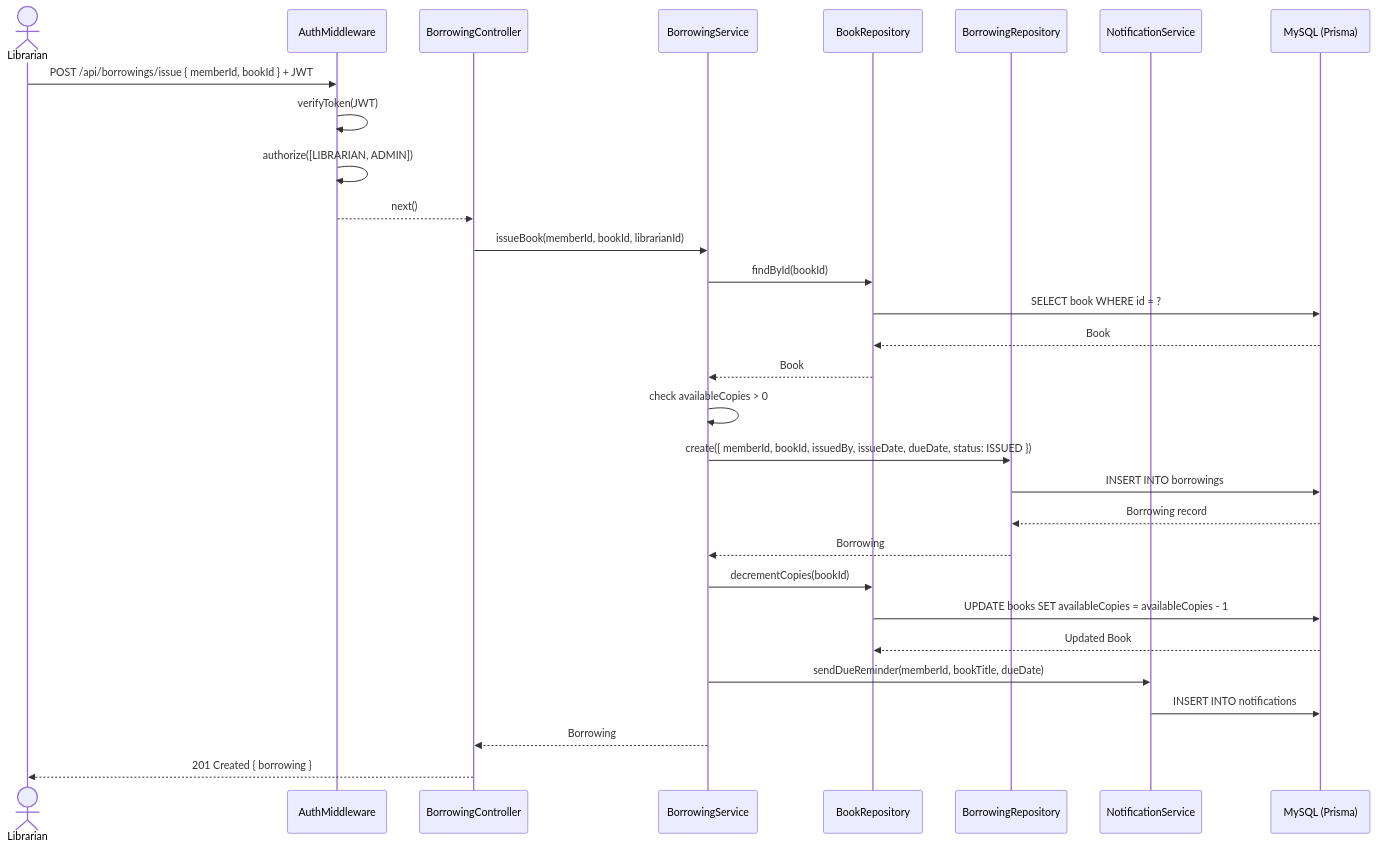
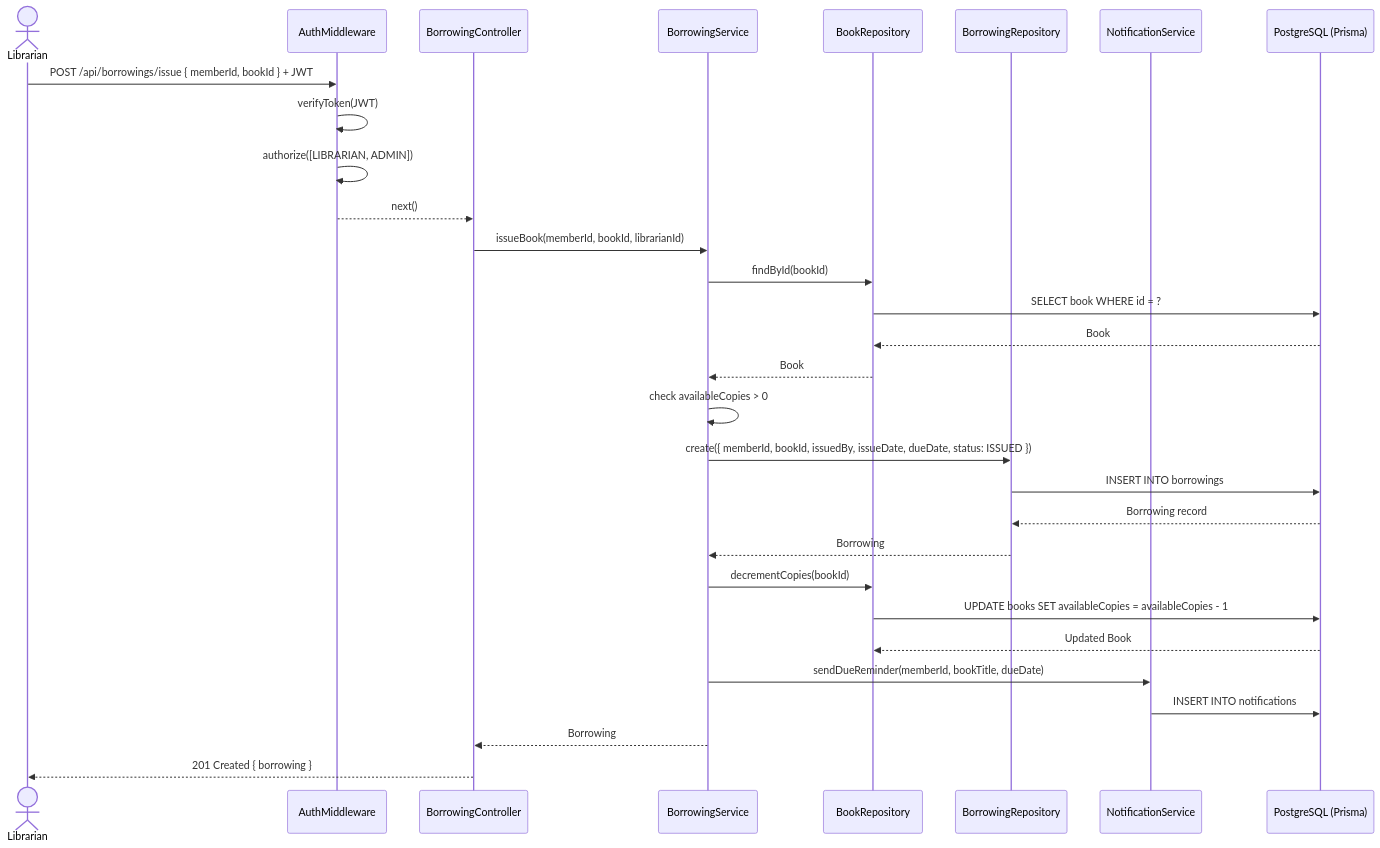
The second of 5 diagrams in sequenceDiagram.md (parthz-13/SESD-Project), drawn with Mermaid before and after one commit. The commit also changed other lines of this file, not shown here.

Commit message:
updated sequence diagram

````diff
--- a/sequenceDiagram.md
+++ b/sequenceDiagram.md
@@ -48,40 +48,40 @@
 ```mermaid
 sequenceDiagram
     actor Librarian
     participant AuthMiddleware
     participant BorrowingController
     participant BorrowingService
     participant BookRepository
     participant BorrowingRepository
     participant NotificationService
-    participant DB as MySQL (Prisma)
+    participant DB as PostgreSQL (Prisma)
 
     Librarian->>AuthMiddleware: POST /api/borrowings/issue { memberId, bookId } + JWT
     AuthMiddleware->>AuthMiddleware: verifyToken(JWT)
     AuthMiddleware->>AuthMiddleware: authorize([LIBRARIAN, ADMIN])
     AuthMiddleware-->>BorrowingController: next()
 
     BorrowingController->>BorrowingService: issueBook(memberId, bookId, librarianId)
 
     BorrowingService->>BookRepository: findById(bookId)
     BookRepository->>DB: SELECT book WHERE id = ?
     DB-->>BookRepository: Book
     BookRepository-->>BorrowingService: Book
 
     BorrowingService->>BorrowingService: check availableCopies > 0
 
     BorrowingService->>BorrowingRepository: create({ memberId, bookId, issuedBy, issueDate, dueDate, status: ISSUED })
     BorrowingRepository->>DB: INSERT INTO borrowings
     DB-->>BorrowingRepository: Borrowing record
     BorrowingRepository-->>BorrowingService: Borrowing
 
     BorrowingService->>BookRepository: decrementCopies(bookId)
     BookRepository->>DB: UPDATE books SET availableCopies = availableCopies - 1
     DB-->>BookRepository: Updated Book
 
     BorrowingService->>NotificationService: sendDueReminder(memberId, bookTitle, dueDate)
     NotificationService->>DB: INSERT INTO notifications
 
     BorrowingService-->>BorrowingController: Borrowing
     BorrowingController-->>Librarian: 201 Created { borrowing }
 ```
````
